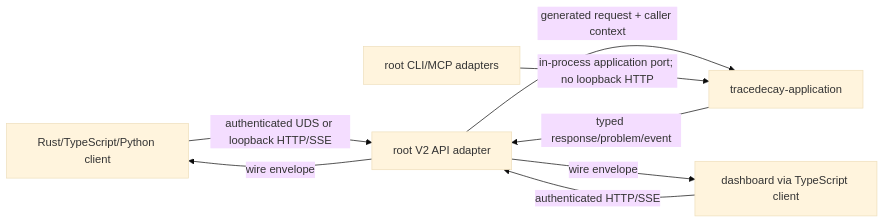
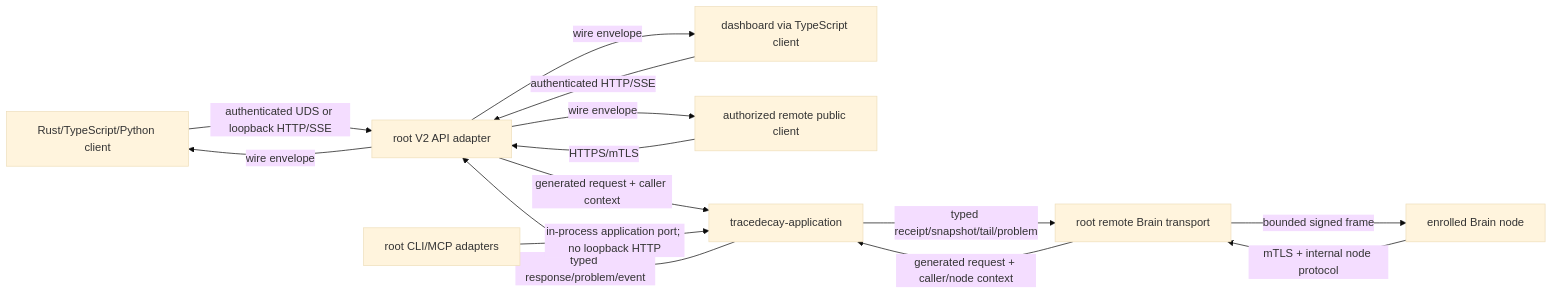
One commit to ScriptedAlchemy/tracedecay changed the second of 2 diagrams in docs/plans/tracedecay-v2/19-system-defragmentation-convergence-and-extensibility.md. Above: the diagram before and after it, drawn with Mermaid (base theme). The commit also changed other lines of this file and 23 other files, not shown here.

````diff
--- a/docs/plans/tracedecay-v2/19-system-defragmentation-convergence-and-extensibility.md
+++ b/docs/plans/tracedecay-v2/19-system-defragmentation-convergence-and-extensibility.md
@@ -406,10 +414,16 @@
 ```mermaid
 flowchart LR
     RC["Rust/TypeScript/Python client"] -->|"authenticated UDS or loopback HTTP/SSE"| API["root V2 API adapter"]
     UI["dashboard via TypeScript client"] -->|"authenticated HTTP/SSE"| API
+    REMOTE["authorized remote public client"] -->|"HTTPS/mTLS"| API
     API -->|"generated request + caller context"| A["tracedecay-application"]
     A -->|"typed response/problem/event"| API
     API -->|"wire envelope"| RC
     API -->|"wire envelope"| UI
+    API -->|"wire envelope"| REMOTE
+    NODE["enrolled Brain node"] -->|"mTLS + internal node protocol"| RB["root remote Brain transport"]
+    RB -->|"generated request + caller/node context"| A
+    A -->|"typed receipt/snapshot/tail/problem"| RB
+    RB -->|"bounded signed frame"| NODE
     ROOT["root CLI/MCP adapters"] -->|"in-process application port; no loopback HTTP"| A
 ```
````
